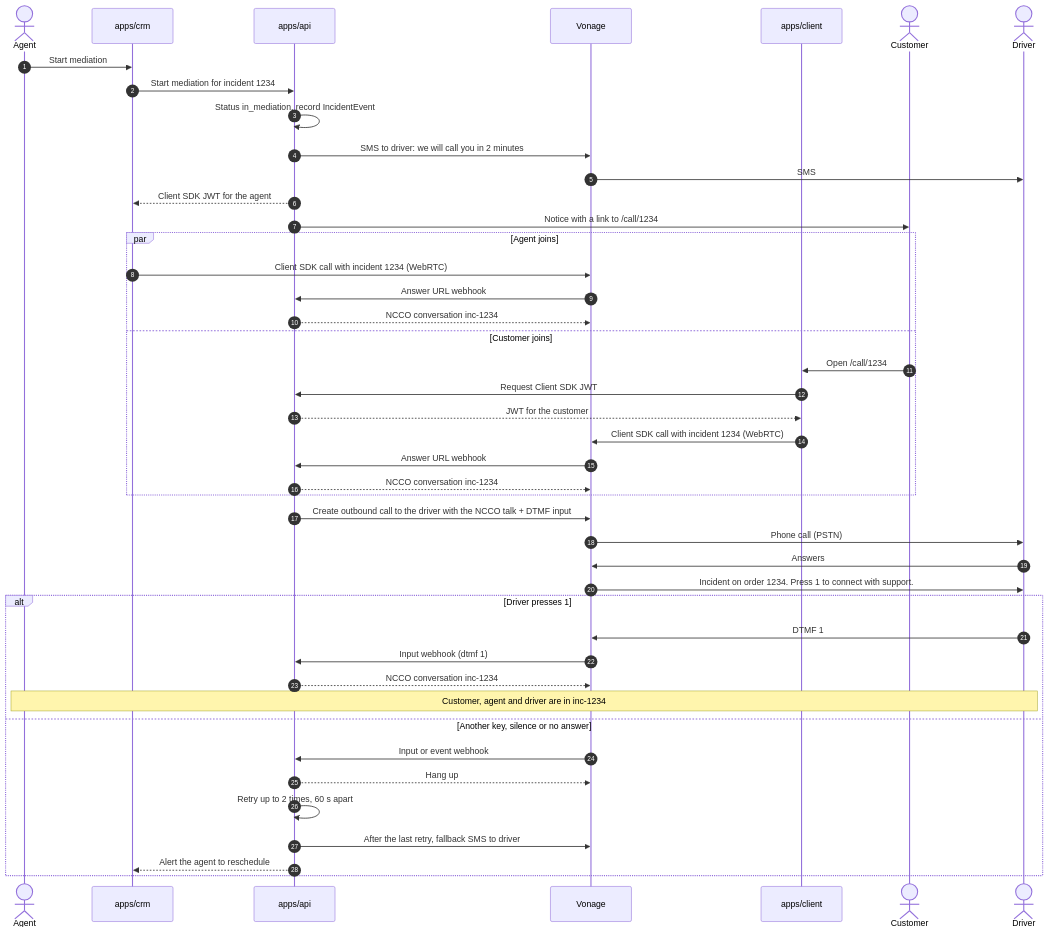
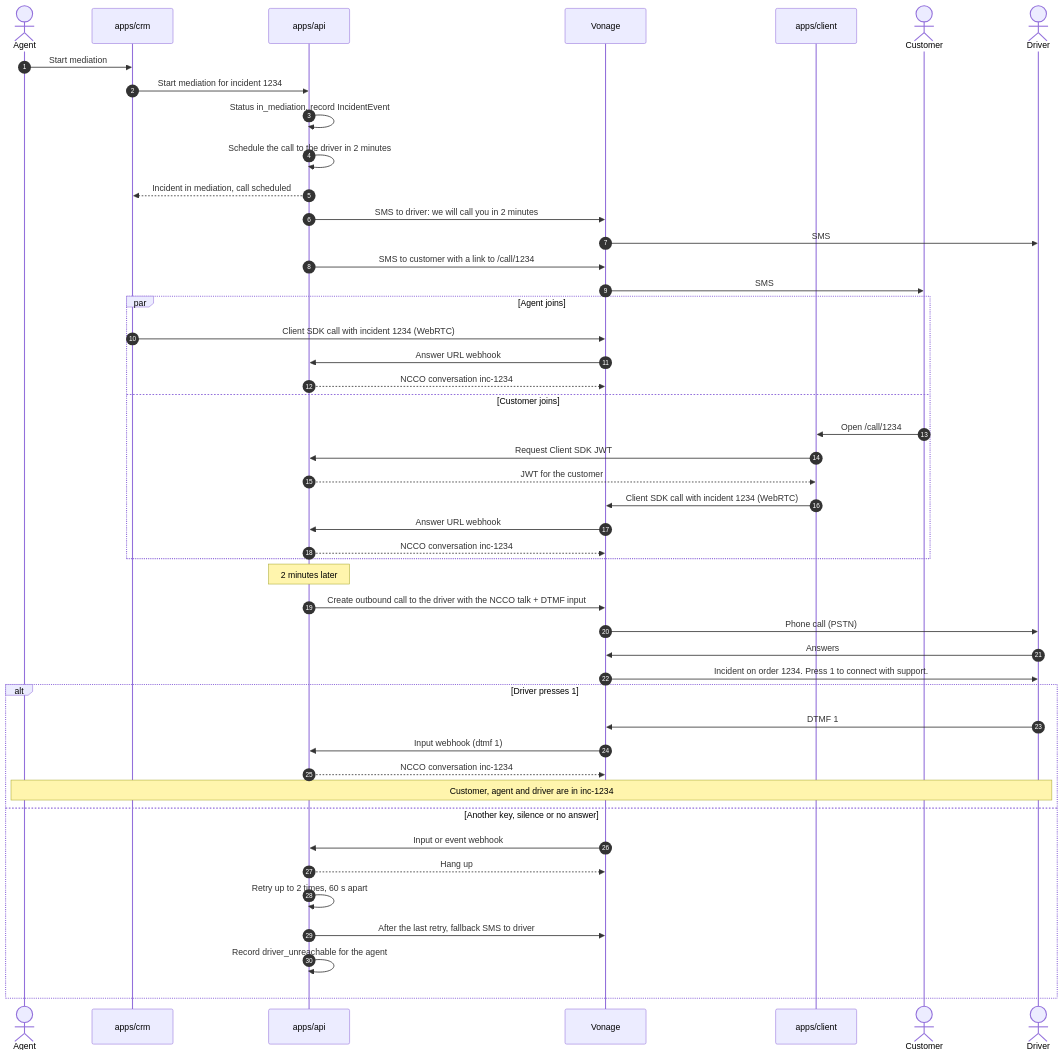
Before and after one commit to femCodersClub-vonage-program/customer-support-logistics: the diagram in docs/architecture/vonage.md, drawn with Mermaid. The commit also changed other lines of this file and 48 other files, not shown here.

Commit message:
feat(api): SMS before the call, customer invite and driver retries

````diff
--- a/docs/architecture/vonage.md
+++ b/docs/architecture/vonage.md
@@ -69,50 +69,53 @@
 ```mermaid
 sequenceDiagram
   autonumber
   actor Agent
   participant CRM as apps/crm
   participant API as apps/api
   participant Vonage as Vonage
   participant Client as apps/client
   actor Customer
   actor Driver
 
   Agent->>CRM: Start mediation
   CRM->>API: Start mediation for incident 1234
   API->>API: Status in_mediation, record IncidentEvent
+  API->>API: Schedule the call to the driver in 2 minutes
+  API-->>CRM: Incident in mediation, call scheduled
   API->>Vonage: SMS to driver: we will call you in 2 minutes
   Vonage->>Driver: SMS
-  API-->>CRM: Client SDK JWT for the agent
-  API->>Customer: Notice with a link to /call/1234
+  API->>Vonage: SMS to customer with a link to /call/1234
+  Vonage->>Customer: SMS
 
   par Agent joins
     CRM->>Vonage: Client SDK call with incident 1234 (WebRTC)
     Vonage->>API: Answer URL webhook
     API-->>Vonage: NCCO conversation inc-1234
   and Customer joins
     Customer->>Client: Open /call/1234
     Client->>API: Request Client SDK JWT
     API-->>Client: JWT for the customer
     Client->>Vonage: Client SDK call with incident 1234 (WebRTC)
     Vonage->>API: Answer URL webhook
     API-->>Vonage: NCCO conversation inc-1234
   end
 
+  Note over API: 2 minutes later
   API->>Vonage: Create outbound call to the driver with the NCCO talk + DTMF input
   Vonage->>Driver: Phone call (PSTN)
   Driver->>Vonage: Answers
   Vonage->>Driver: Incident on order 1234. Press 1 to connect with support.
 
   alt Driver presses 1
     Driver->>Vonage: DTMF 1
     Vonage->>API: Input webhook (dtmf 1)
     API-->>Vonage: NCCO conversation inc-1234
     Note over Agent,Driver: Customer, agent and driver are in inc-1234
   else Another key, silence or no answer
     Vonage->>API: Input or event webhook
     API-->>Vonage: Hang up
     API->>API: Retry up to 2 times, 60 s apart
     API->>Vonage: After the last retry, fallback SMS to driver
-    API-->>CRM: Alert the agent to reschedule
+    API->>API: Record driver_unreachable for the agent
   end
 ```
````
